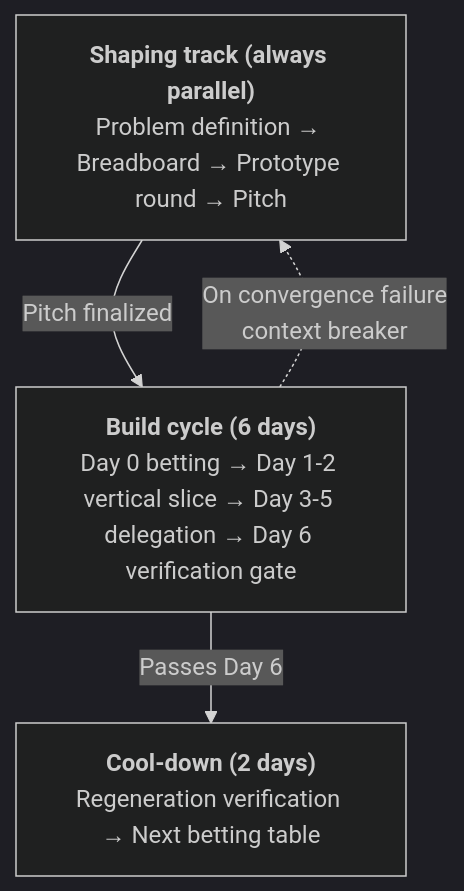
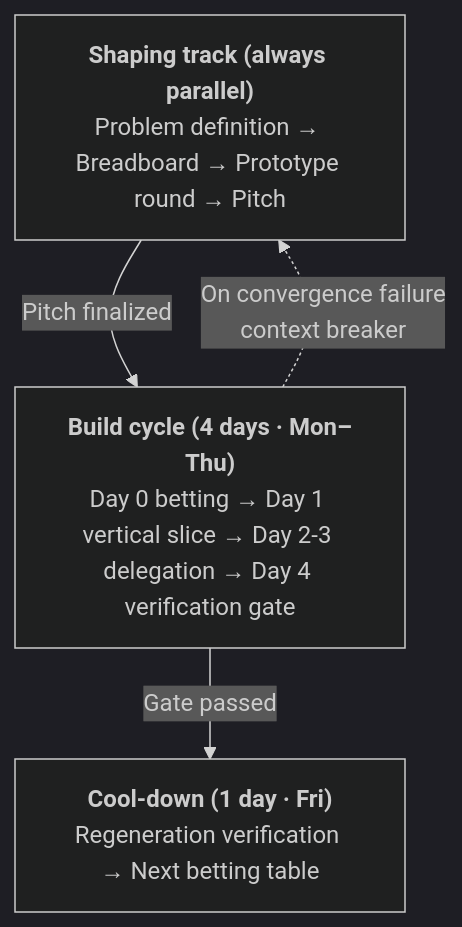
One commit to roboco-io/vibe-driven-development-lifecycle changed the diagram in docs/cycle.md. Above: the diagram before and after it, drawn with Mermaid (dark theme). The commit also changed other lines of this file and 19 other files, not shown here.

````diff
--- a/docs/cycle.md
+++ b/docs/cycle.md
@@ -23,9 +23,9 @@
 ```mermaid
 flowchart TB
     S["<b>Shaping track (always parallel)</b><br/>Problem definition → Breadboard → Prototype round → Pitch"]
-    B["<b>Build cycle (6 days)</b><br/>Day 0 betting → Day 1-2 vertical slice → Day 3-5 delegation → Day 6 verification gate"]
-    C["<b>Cool-down (2 days)</b><br/>Regeneration verification → Next betting table"]
+    B["<b>Build cycle (4 days · Mon–Thu)</b><br/>Day 0 betting → Day 1 vertical slice → Day 2-3 delegation → Day 4 verification gate"]
+    C["<b>Cool-down (1 day · Fri)</b><br/>Regeneration verification → Next betting table"]
     S -->|"Pitch finalized"| B
-    B -->|"Passes Day 6"| C
+    B -->|"Gate passed"| C
     B -. "On convergence failure<br/>context breaker" .-> S
 ```
````
